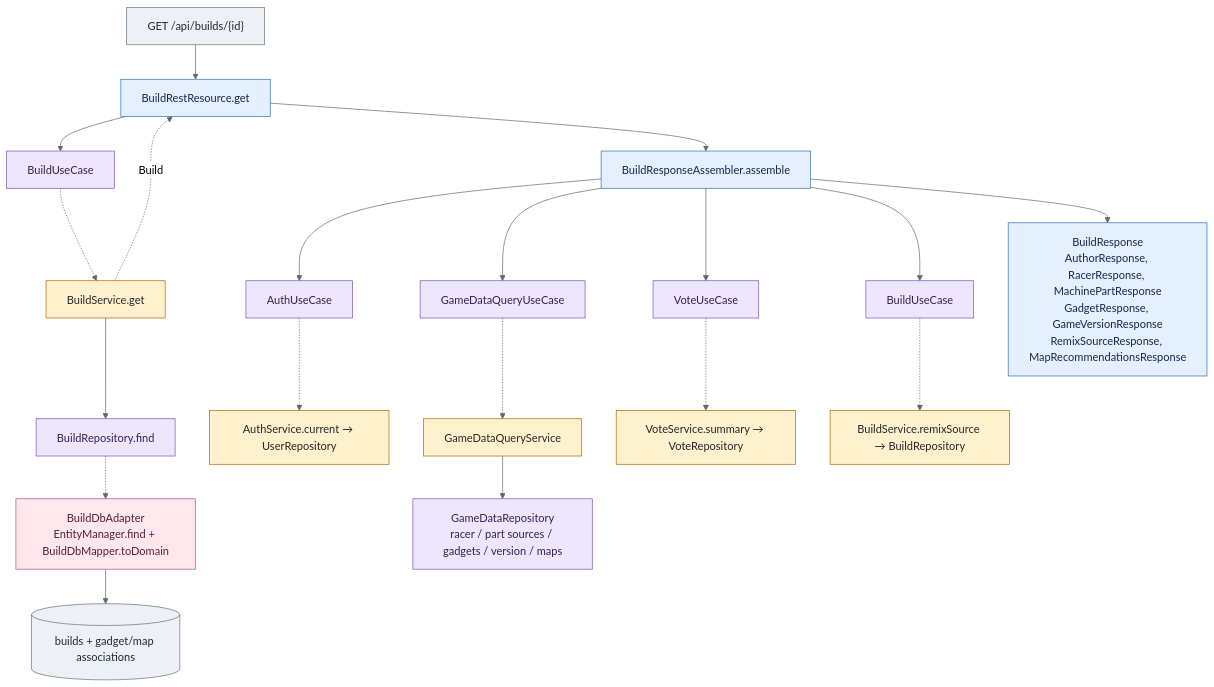
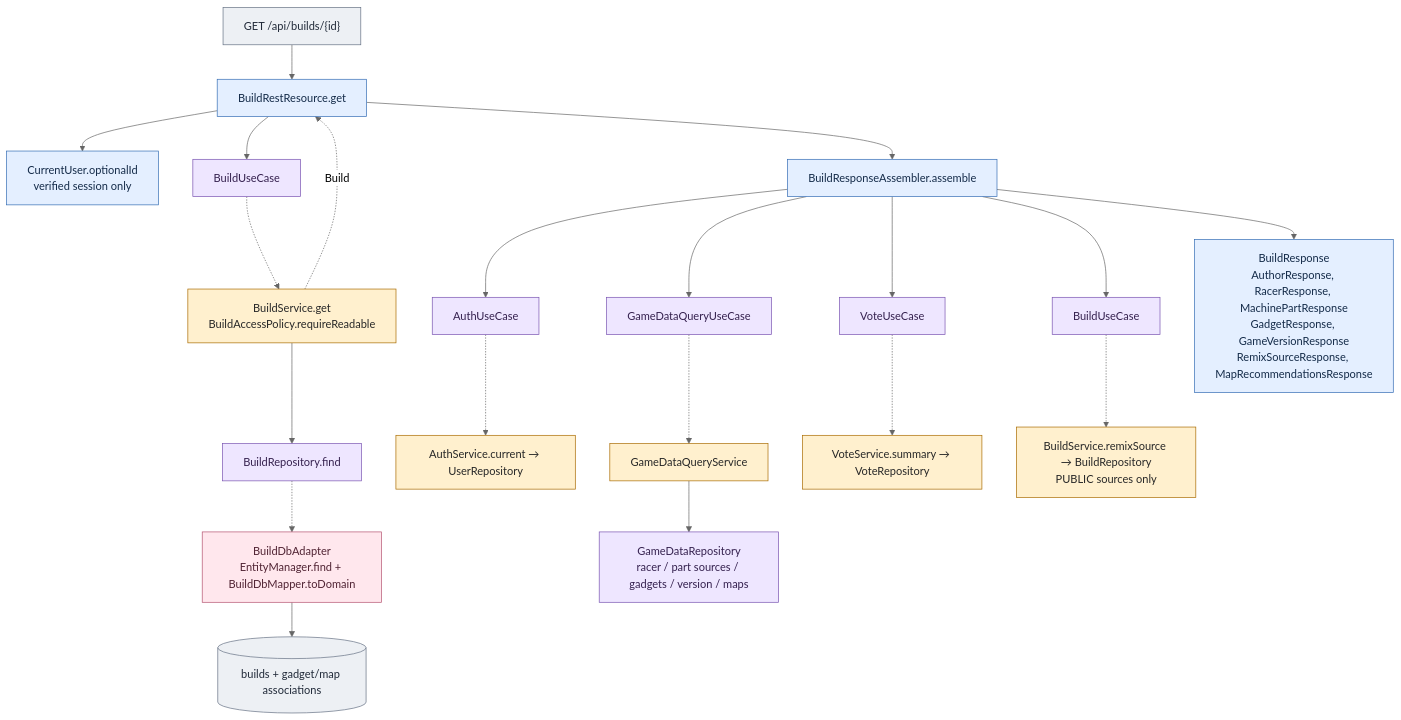
One commit to alexungu04genoff/RingLab changed the diagram in docs/architecture/build-read-flow.mmd. Above: the diagram before and after it, drawn with Mermaid (neutral theme). The commit also changed 77 other files, not shown here.

```diff
--- a/docs/architecture/build-read-flow.mmd
+++ b/docs/architecture/build-read-flow.mmd
@@ -1,18 +1,19 @@
 flowchart TB
   h["GET /api/builds/{id}"]:::outside --> r["BuildRestResource.get"]:::rest
-  r --> input["BuildUseCase"]:::port -.-> s["BuildService.get"]:::app
+  r --> actor["CurrentUser.optionalId<br/>verified session only"]:::rest
+  r --> input["BuildUseCase"]:::port -.-> s["BuildService.get<br/>BuildAccessPolicy.requireReadable"]:::app
   s --> p["BuildRepository.find"]:::port
   p -.-> a["BuildDbAdapter<br/>EntityManager.find + BuildDbMapper.toDomain"]:::adapter
   a --> t[("builds + gadget/map associations")]:::outside
   s -.->|"Build"| r
   r --> x["BuildResponseAssembler.assemble"]:::rest
   x --> auth["AuthUseCase"]:::port -.-> u["AuthService.current → UserRepository"]:::app
   x --> catalog["GameDataQueryUseCase"]:::port -.-> query["GameDataQueryService"]:::app --> g["GameDataRepository<br/>racer / part sources / gadgets / version / maps"]:::port
   x --> votes["VoteUseCase"]:::port -.-> v["VoteService.summary → VoteRepository"]:::app
-  x --> remixes["BuildUseCase"]:::port -.-> remix["BuildService.remixSource → BuildRepository"]:::app
+  x --> remixes["BuildUseCase"]:::port -.-> remix["BuildService.remixSource → BuildRepository<br/>PUBLIC sources only"]:::app
   x --> dto["BuildResponse<br/>AuthorResponse, RacerResponse, MachinePartResponse<br/>GadgetResponse, GameVersionResponse<br/>RemixSourceResponse, MapRecommendationsResponse"]:::rest
   classDef rest fill:#e4efff,stroke:#356db4,color:#142b49
   classDef app fill:#fff0ce,stroke:#a96b00,color:#272727
   classDef port fill:#eee6ff,stroke:#7954b1,color:#35214f
   classDef adapter fill:#ffe7ed,stroke:#b45370,color:#502333
   classDef outside fill:#edf0f4,stroke:#657184,color:#202938
```
